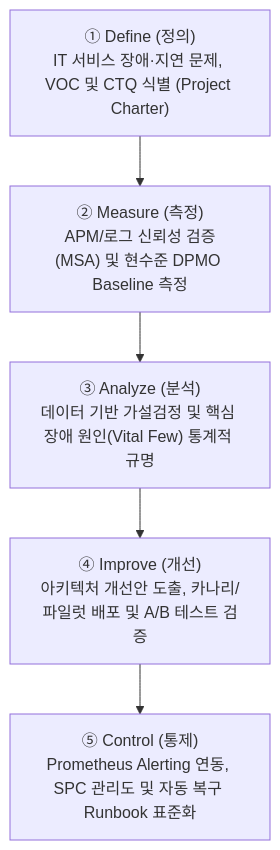
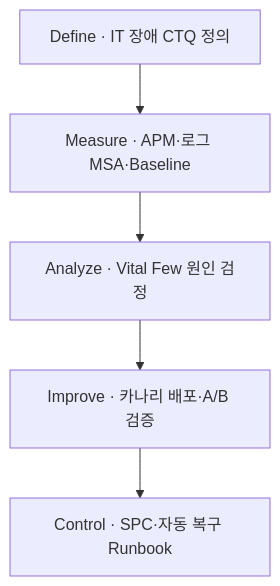
One commit to agnusdei1207/study changed the first of 2 diagrams in src/content/docs/notes/itpe/01-it-strategy/111_six_sigma_dmaic.md. Above: the diagram before and after it, drawn with Mermaid. The commit also changed other lines of this file and 18 other files, not shown here.

````diff
--- a/src/content/docs/notes/itpe/01-it-strategy/111_six_sigma_dmaic.md
+++ b/src/content/docs/notes/itpe/01-it-strategy/111_six_sigma_dmaic.md
@@ -87,9 +70,4 @@
 ```mermaid
 flowchart TD
-    S1["① Define (정의)<br/>IT 서비스 장애·지연 문제, VOC 및 CTQ 식별 (Project Charter)"]
-    S2["② Measure (측정)<br/>APM/로그 신뢰성 검증(MSA) 및 현수준 DPMO Baseline 측정"]
-    S3["③ Analyze (분석)<br/>데이터 기반 가설검정 및 핵심 장애 원인(Vital Few) 통계적 규명"]
-    S4["④ Improve (개선)<br/>아키텍처 개선안 도출, 카나리/파일럿 배포 및 A/B 테스트 검증"]
-    S5["⑤ Control (통제)<br/>Prometheus Alerting 연동, SPC 관리도 및 자동 복구 Runbook 표준화"]
-    S1 --> S2 --> S3 --> S4 --> S5
+    S1["Define · IT 장애 CTQ 정의"] --> S2["Measure · APM·로그 MSA·Baseline"] --> S3["Analyze · Vital Few 원인 검정"] --> S4["Improve · 카나리 배포·A/B 검증"] --> S5["Control · SPC·자동 복구 Runbook"]
 ```
````
